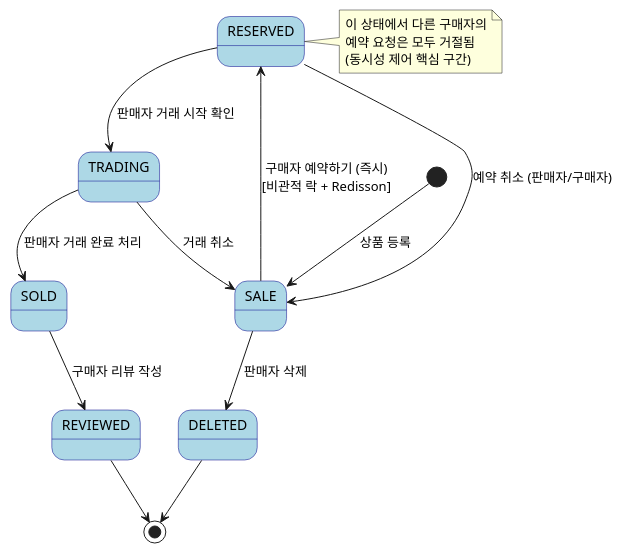
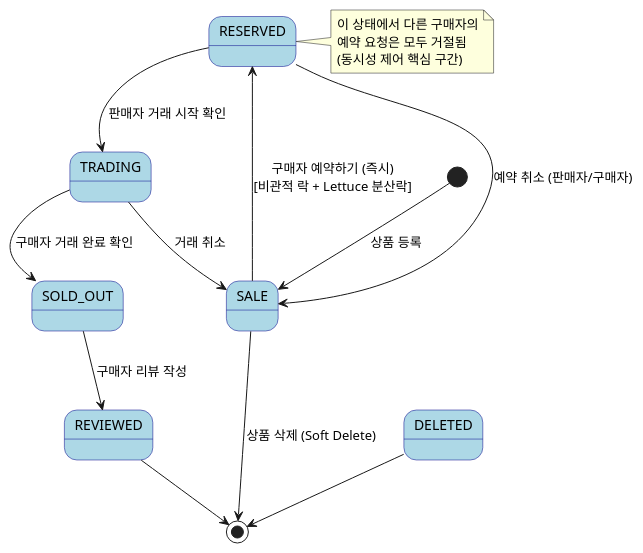
Before and after one commit to Team-5th-Chat-prj/Team-5th: the second of 2 diagrams in docs/SA/03-유스케이스 명세서.md, drawn with PlantUML. The commit also changed other lines of this file and 12 other files, not shown here.

````diff
--- a/docs/SA/03-유스케이스 명세서.md
+++ b/docs/SA/03-유스케이스 명세서.md
@@ -370,30 +370,30 @@
 ```plantuml
 @startuml
 skinparam state {
   BackgroundColor LightBlue
   BorderColor DarkBlue
 }
 
 [*] --> SALE : 상품 등록
 
-SALE --> RESERVED : 구매자 예약하기 (즉시)\n[비관적 락 + Redisson]
-SALE --> DELETED : 판매자 삭제
+SALE --> RESERVED : 구매자 예약하기 (즉시)\n[비관적 락 + Lettuce 분산락]
+SALE --> [*] : 상품 삭제 (Soft Delete)
 
 RESERVED --> SALE : 예약 취소 (판매자/구매자)
 RESERVED --> TRADING : 판매자 거래 시작 확인
 
-TRADING --> SOLD : 판매자 거래 완료 처리
+TRADING --> SOLD_OUT : 구매자 거래 완료 확인
 TRADING --> SALE : 거래 취소
 
-SOLD --> REVIEWED : 구매자 리뷰 작성
+SOLD_OUT --> REVIEWED : 구매자 리뷰 작성
 
 REVIEWED --> [*]
 DELETED --> [*]
 
 note right of RESERVED
   이 상태에서 다른 구매자의
   예약 요청은 모두 거절됨
   (동시성 제어 핵심 구간)
 end note
 @enduml
 ```
````
